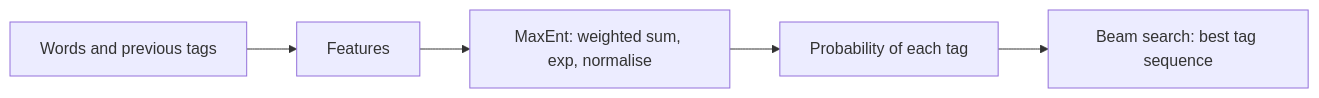
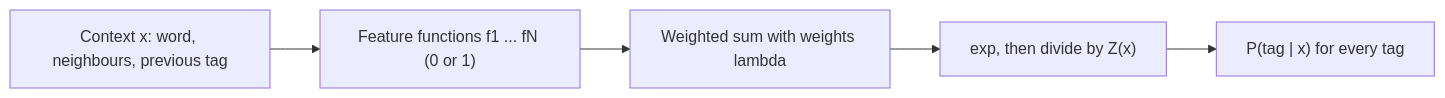
The diagram in content/natural-language-processing/pyq/2023-05-ce/q6b.mdx (TrendySloth1001/sem-seven-notes), drawn with Mermaid before and after one commit. The commit also changed other lines of this file and 406 other files, not shown here.

````diff
--- a/content/natural-language-processing/pyq/2023-05-ce/q6b.mdx
+++ b/content/natural-language-processing/pyq/2023-05-ce/q6b.mdx
@@ -33,8 +31,8 @@
 ```mermaid
-%% caption: In a MaxEnt tagger, features of the word and previous tags give tag probabilities. Beam search picks the best sequence.
+%% caption: How a MaxEnt tagger scores one word.
 flowchart LR
-  W["Words and previous tags"] --> F["Features"]
-  F --> M["MaxEnt: weighted sum, exp, normalise"]
-  M --> P["Probability of each tag"]
-  P --> B["Beam search: best tag sequence"]
+  A["Context x: word, neighbours, previous tag"] --> B["Feature functions f1 ... fN (0 or 1)"]
+  B --> C["Weighted sum with weights lambda"]
+  C --> D["exp, then divide by Z(x)"]
+  D --> E["P(tag | x) for every tag"]
 ```
````
